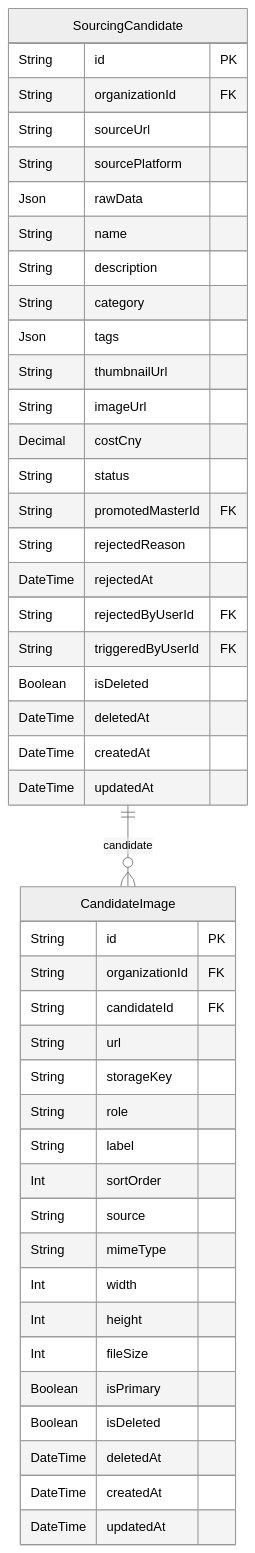
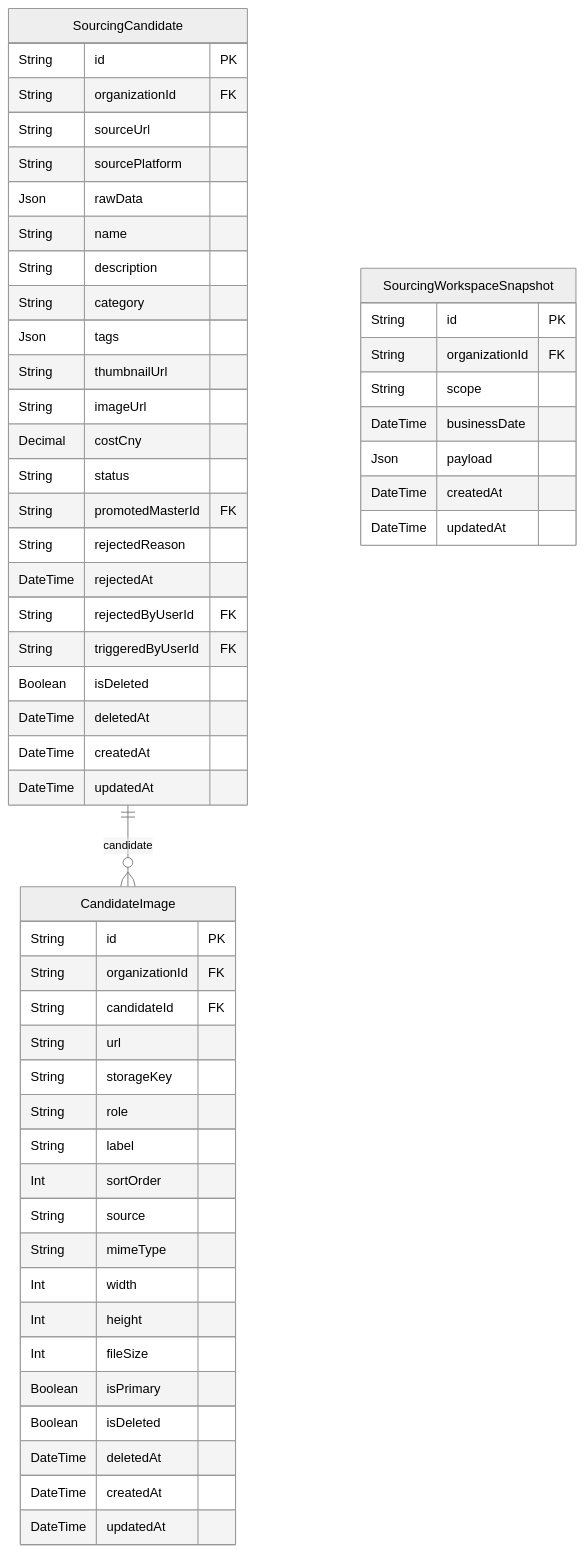
Before and after one commit to AgentFoundry-Labs/kiditem: the diagram in docs/erd/sourcing.md, drawn with Mermaid (neutral theme). The commit also changed other lines of this file and 18 other files, not shown here.

Commit message:
fix: tighten sourcing snapshot payloads

````diff
--- a/docs/erd/sourcing.md
+++ b/docs/erd/sourcing.md
@@ -17,48 +18,57 @@
 ```mermaid
 erDiagram
   CandidateImage {
     String id PK
     String organizationId FK
     String candidateId FK
     String url
     String storageKey
     String role
     String label
     Int sortOrder
     String source
     String mimeType
     Int width
     Int height
     Int fileSize
     Boolean isPrimary
     Boolean isDeleted
     DateTime deletedAt
     DateTime createdAt
     DateTime updatedAt
   }
   SourcingCandidate {
     String id PK
     String organizationId FK
     String sourceUrl
     String sourcePlatform
     Json rawData
     String name
     String description
     String category
     Json tags
     String thumbnailUrl
     String imageUrl
     Decimal costCny
     String status
     String promotedMasterId FK
     String rejectedReason
     DateTime rejectedAt
     String rejectedByUserId FK
     String triggeredByUserId FK
     Boolean isDeleted
     DateTime deletedAt
     DateTime createdAt
     DateTime updatedAt
   }
+  SourcingWorkspaceSnapshot {
+    String id PK
+    String organizationId FK
+    String scope
+    DateTime businessDate
+    Json payload
+    DateTime createdAt
+    DateTime updatedAt
+  }
   SourcingCandidate ||--o{ CandidateImage : "candidate"
 ```
````
